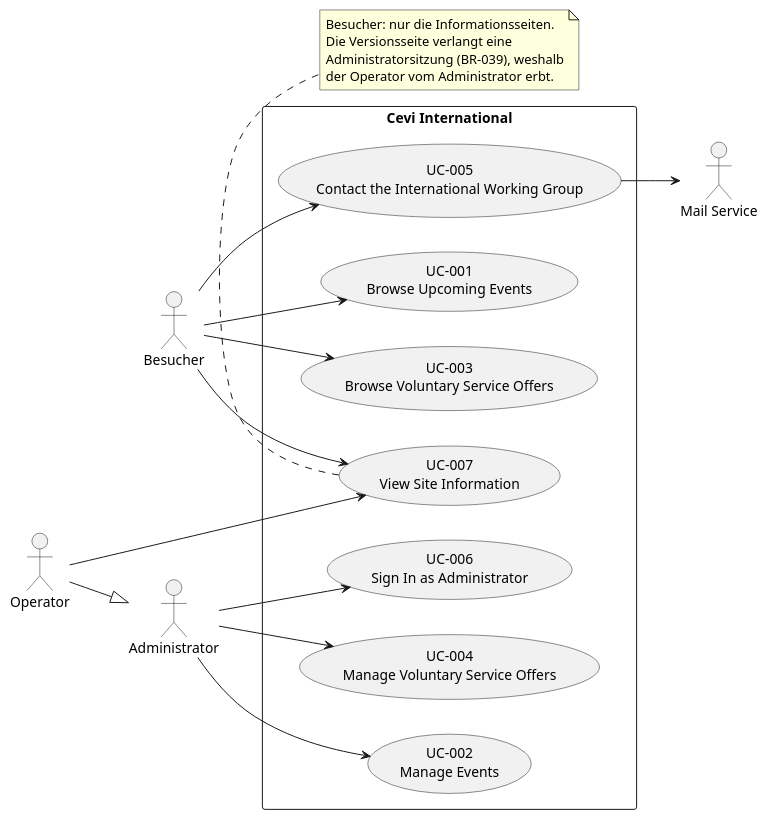
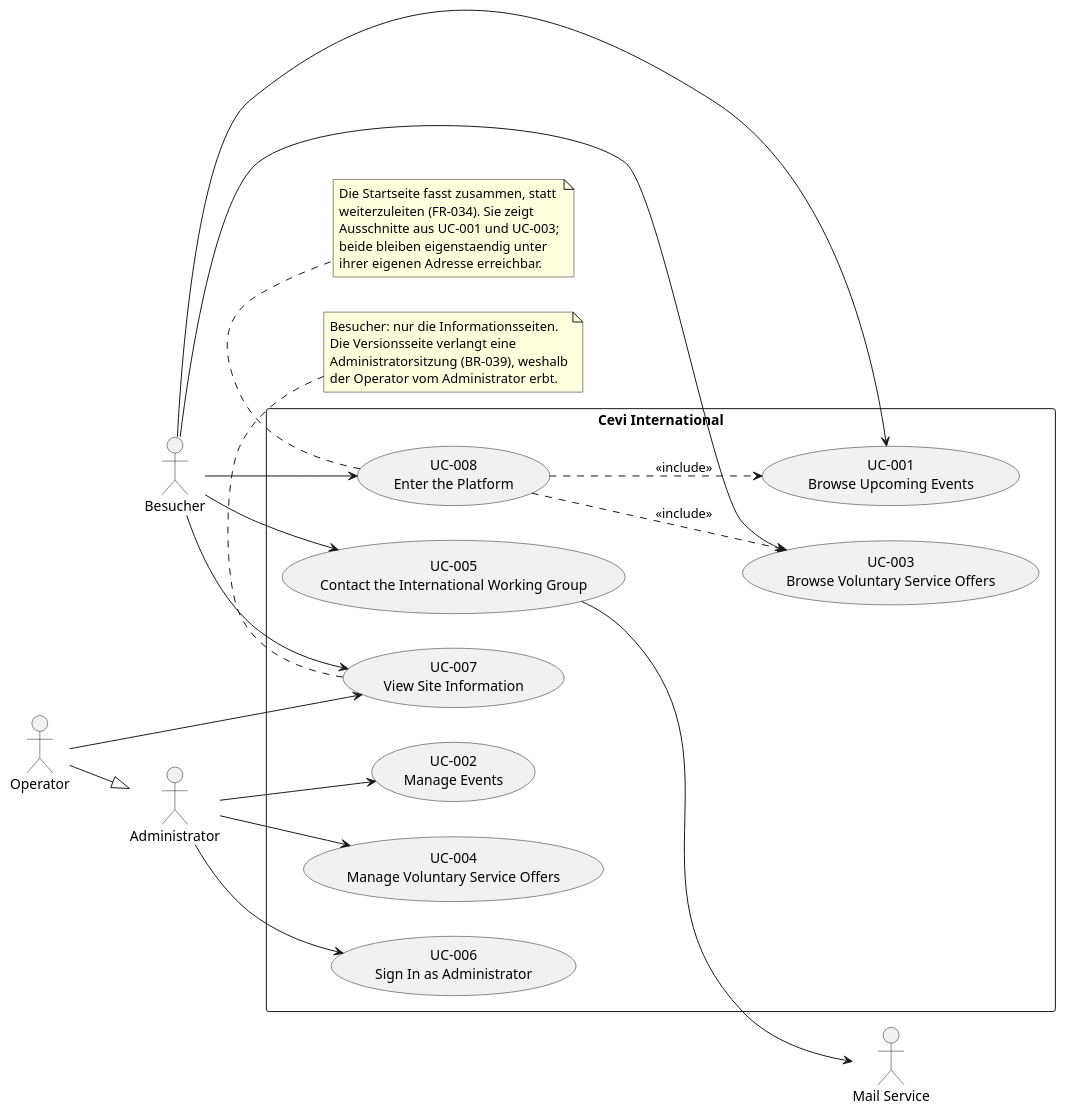
The diagram in docs/use_cases.puml (CeviFGI/cevi-int), drawn with PlantUML before and after one commit. The commit also changed 7 other files, not shown here.

```diff
--- a/docs/use_cases.puml
+++ b/docs/use_cases.puml
@@ -1,41 +1,54 @@
 @startuml Use Cases Overview
 left to right direction
 
 actor "Besucher" as visitor
 actor "Administrator" as admin
 actor "Operator" as operator
 actor "Mail Service" as mail
 
 operator --|> admin
 
 rectangle "Cevi International" {
     usecase "UC-001\nBrowse Upcoming Events" as UC001
     usecase "UC-002\nManage Events" as UC002
     usecase "UC-003\nBrowse Voluntary Service Offers" as UC003
     usecase "UC-004\nManage Voluntary Service Offers" as UC004
     usecase "UC-005\nContact the International Working Group" as UC005
     usecase "UC-006\nSign In as Administrator" as UC006
     usecase "UC-007\nView Site Information" as UC007
+    usecase "UC-008\nEnter the Platform" as UC008
 }
 
 visitor --> UC001
 visitor --> UC003
 visitor --> UC005
 visitor --> UC007
+visitor --> UC008
 
 admin --> UC002
 admin --> UC004
 admin --> UC006
 
 operator --> UC007
 
 UC005 --> mail
 
+UC008 ..> UC001 : <<include>>
+UC008 ..> UC003 : <<include>>
+
 note bottom of UC007
   Besucher: nur die Informationsseiten.
   Die Versionsseite verlangt eine
   Administratorsitzung (BR-039), weshalb
   der Operator vom Administrator erbt.
 end note
 
+note bottom of UC008
+  Die Startseite fasst zusammen, statt
+  weiterzuleiten (FR-034). Sie zeigt
+  Ausschnitte aus UC-001 und UC-003;
+  beide bleiben eigenstaendig unter
+  ihrer eigenen Adresse erreichbar.
+end note
+
 @enduml
```
